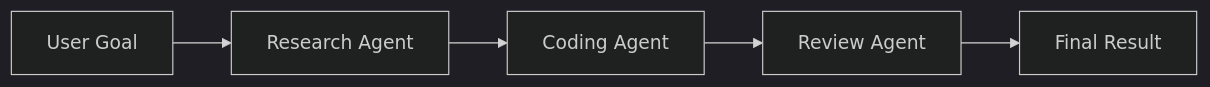
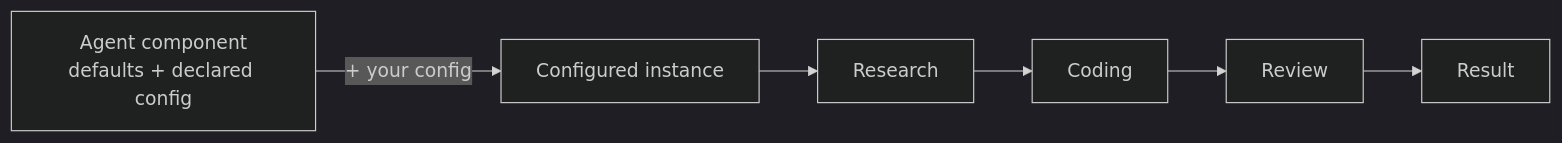
Before and after one commit to agentcompose/.github: the diagram in profile/README.md, drawn with Mermaid (dark theme). The commit also changed other lines of this file, not shown here.

````diff
--- a/profile/README.md
+++ b/profile/README.md
@@ -20,7 +23,8 @@
 ```mermaid
 graph LR
-    G[User Goal] --> R[Research Agent]
-    R --> C[Coding Agent]
-    C --> V[Review Agent]
-    V --> F[Final Result]
+    C["Agent component<br/>defaults + declared config"] -->|"+ your config"| I["Configured instance"]
+    I --> R[Research]
+    R --> Co[Coding]
+    Co --> V[Review]
+    V --> F[Result]
 ```
````
